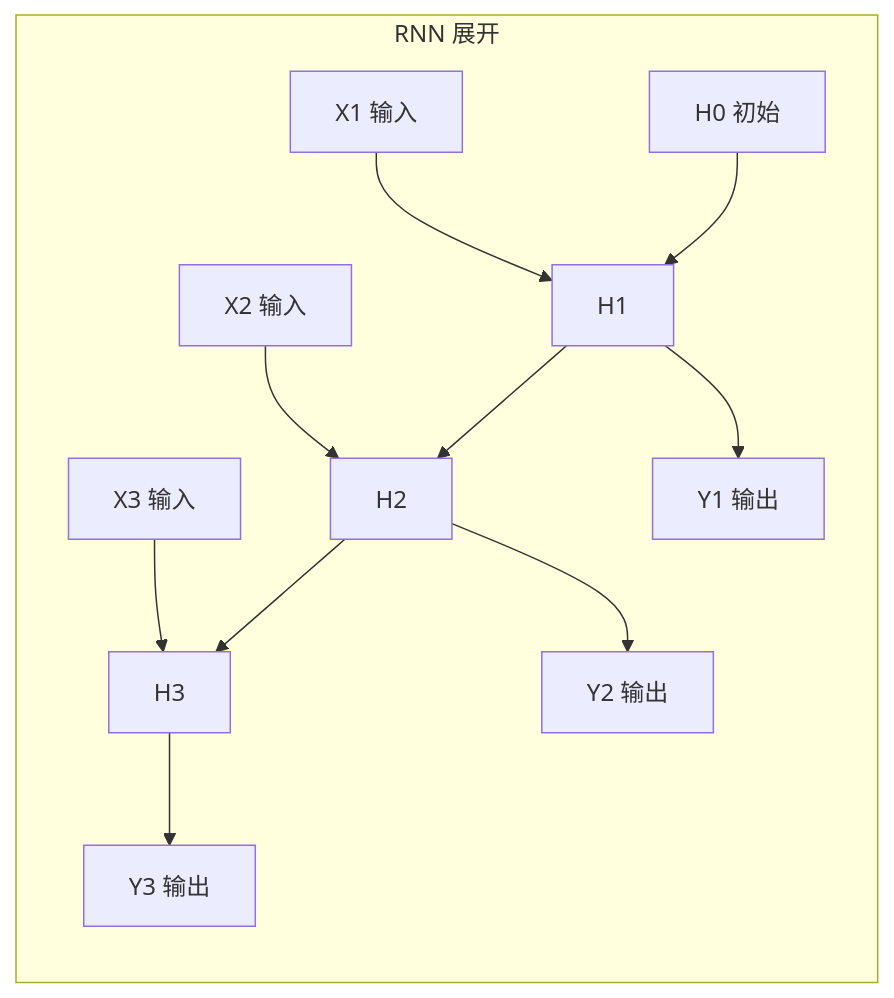
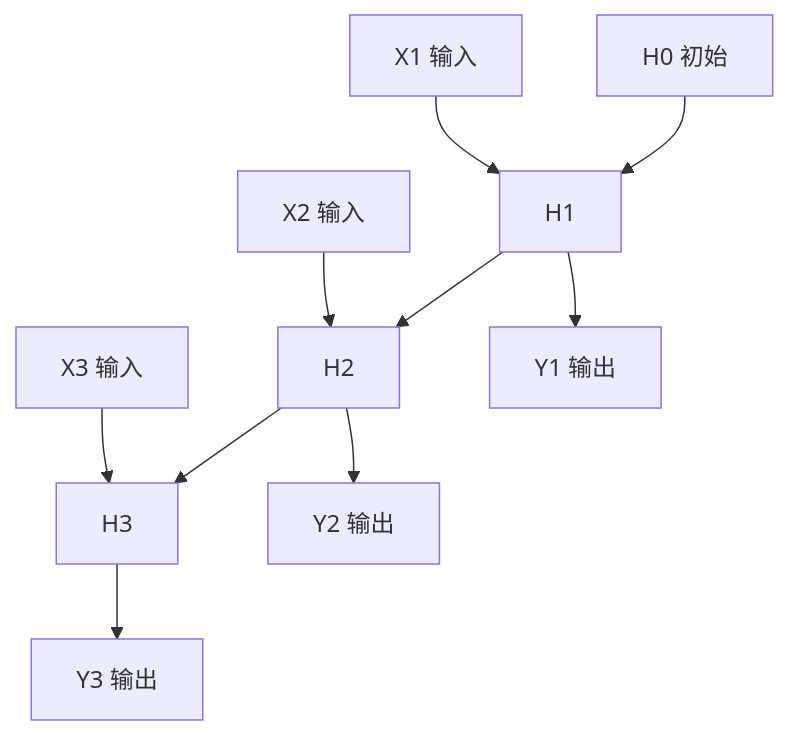
One commit to salad18/AutoDriveLearningNote changed the third of 8 diagrams in 01-基础理论/模型架构演进.md. Above: the diagram before and after it, drawn with Mermaid. The commit also changed other lines of this file and 40 other files, not shown here.

First line of the commit message:
docs: 新增数据闭环/面试/热点系列笔记，mermaid 图统一竖排

````diff
--- a/01-基础理论/模型架构演进.md
+++ b/01-基础理论/模型架构演进.md
@@ -93,14 +85,12 @@
 ```mermaid
-graph LR
-    subgraph RNN 展开
-        H0[H0 初始] --> H1[H1]
-        H1 --> H2[H2]
-        H2 --> H3[H3]
-        X1[X1 输入] --> H1
-        X2[X2 输入] --> H2
-        X3[X3 输入] --> H3
-        H1 --> Y1[Y1 输出]
-        H2 --> Y2[Y2 输出]
-        H3 --> Y3[Y3 输出]
-    end
+flowchart TD
+    H0[H0 初始] --> H1[H1]
+    H1 --> H2[H2]
+    H2 --> H3[H3]
+    X1[X1 输入] --> H1
+    X2[X2 输入] --> H2
+    X3[X3 输入] --> H3
+    H1 --> Y1[Y1 输出]
+    H2 --> Y2[Y2 输出]
+    H3 --> Y3[Y3 输出]
 ```
````
